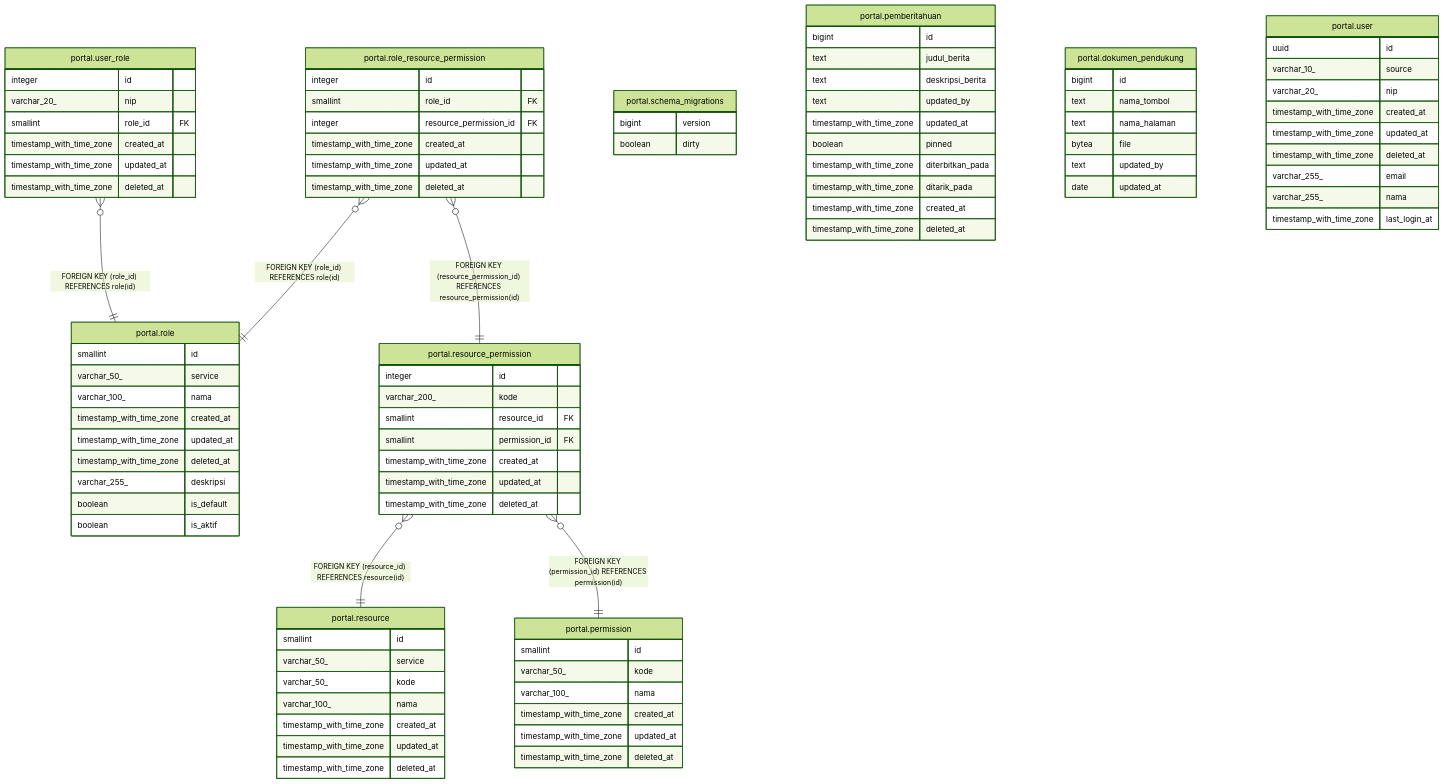
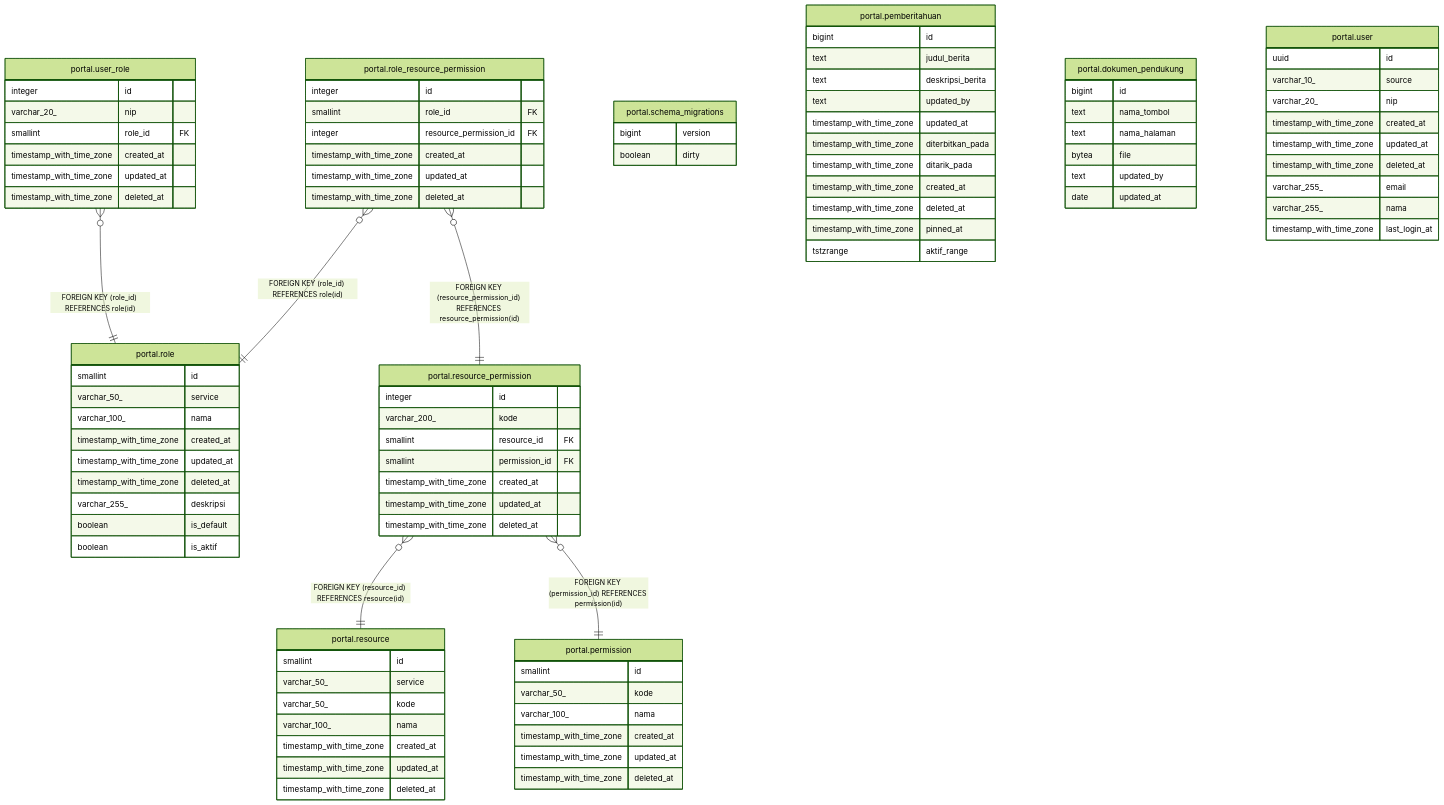
One commit to nandanugg/triforce.nvim changed the diagram in services/portal/docs/db/README.md. Above: the diagram before and after it, drawn with Mermaid (forest theme). The commit also changed other lines of this file and 14 other files, not shown here.

```diff
--- a/services/portal/docs/db/README.md
+++ b/services/portal/docs/db/README.md
@@ -55,11 +55,12 @@
   text deskripsi_berita
   text updated_by
   timestamp_with_time_zone updated_at
-  boolean pinned
   timestamp_with_time_zone diterbitkan_pada
   timestamp_with_time_zone ditarik_pada
   timestamp_with_time_zone created_at
   timestamp_with_time_zone deleted_at
+  timestamp_with_time_zone pinned_at
+  tstzrange aktif_range
 }
 "portal.dokumen_pendukung" {
   bigint id
```
